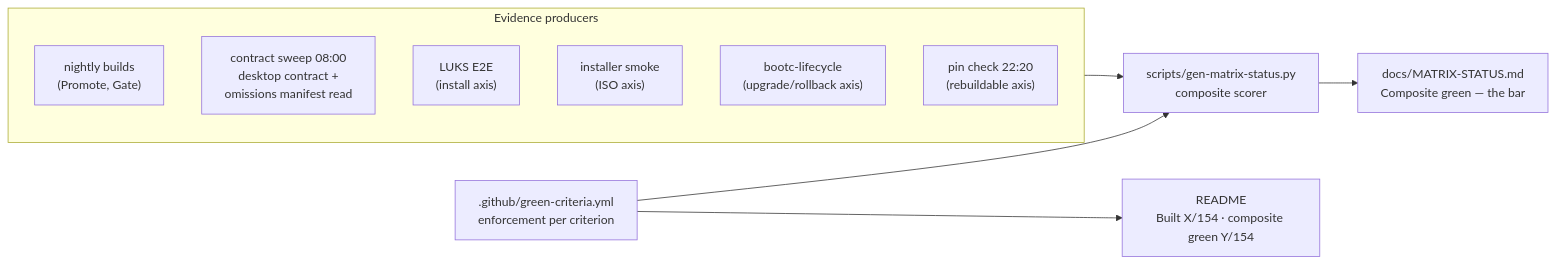
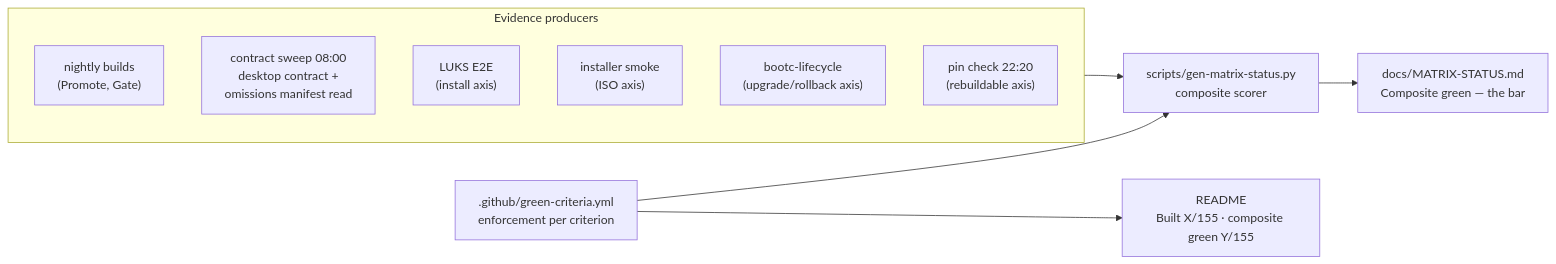
The fifth of 5 diagrams in docs/DEVELOPER-GUIDE.md (tuna-os/tunaOS), drawn with Mermaid before and after one commit. The commit also changed other lines of this file and 3 other files, not shown here.

````diff
--- a/docs/DEVELOPER-GUIDE.md
+++ b/docs/DEVELOPER-GUIDE.md
@@ -294,20 +294,20 @@
 ```mermaid
 flowchart LR
     subgraph evidence["Evidence producers"]
         BLD["nightly builds<br/>(Promote, Gate)"]
         SWEEP["contract sweep 08:00<br/>desktop contract +<br/>omissions manifest read"]
         LUKS["LUKS E2E<br/>(install axis)"]
         ISO["installer smoke<br/>(ISO axis)"]
         LC["bootc-lifecycle<br/>(upgrade/rollback axis)"]
         PIN["pin check 22:20<br/>(rebuildable axis)"]
     end
     CRIT[".github/green-criteria.yml<br/>enforcement per criterion"]
     GEN["scripts/gen-matrix-status.py<br/>composite scorer"]
     MS["docs/MATRIX-STATUS.md<br/>Composite green — the bar"]
-    RM["README<br/>Built X/154 · composite green Y/154"]
+    RM["README<br/>Built X/155 · composite green Y/155"]
 
     evidence --> GEN
     CRIT --> GEN
     GEN --> MS
     CRIT --> RM
 ```
````
